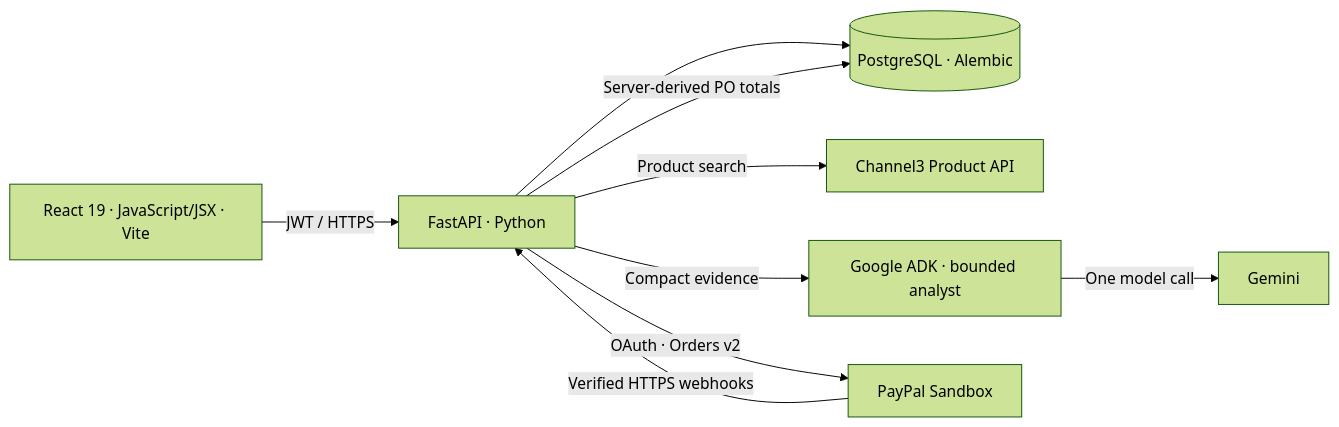
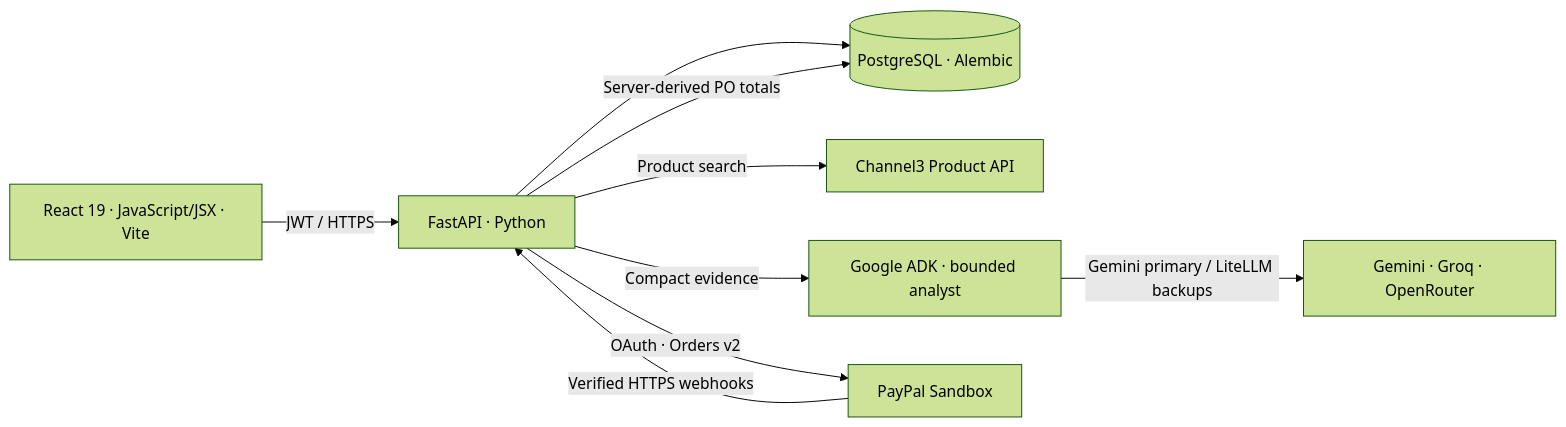
The first of 4 diagrams in README.md (PerezChris99/ProcurePilot-AI), drawn with Mermaid (forest theme) before and after one commit. The commit also changed other lines of this file and 4 other files, not shown here.

First line of the commit message:
docs(release): deliver secure LiteLLM ADK fallback setup, transparent quota limits and three-provider smoke acceptance

```diff
--- a/README.md
+++ b/README.md
@@ -113,11 +113,11 @@
 ~~~mermaid
 flowchart LR
     UI["React 19 · JavaScript/JSX · Vite"] -->|"JWT / HTTPS"| API["FastAPI · Python"]
     API --> DB[("PostgreSQL · Alembic")]
     API -->|"Product search"| C3["Channel3 Product API"]
     API -->|"Compact evidence"| ADK["Google ADK · bounded analyst"]
-    ADK -->|"One model call"| GEM["Gemini"]
+    ADK -->|"Gemini primary / LiteLLM backups"| GEM["Gemini · Groq · OpenRouter"]
     API -->|"OAuth · Orders v2"| PP["PayPal Sandbox"]
     PP -->|"Verified HTTPS webhooks"| API
     API -->|"Server-derived PO totals"| DB
 ~~~
```
